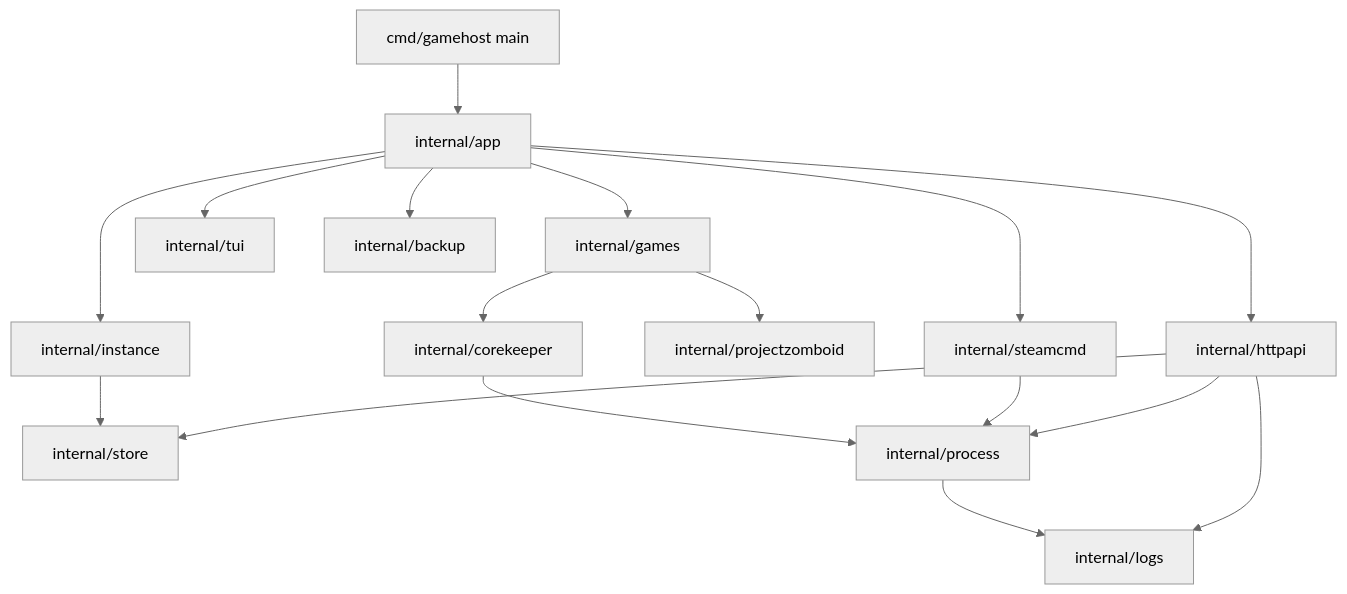
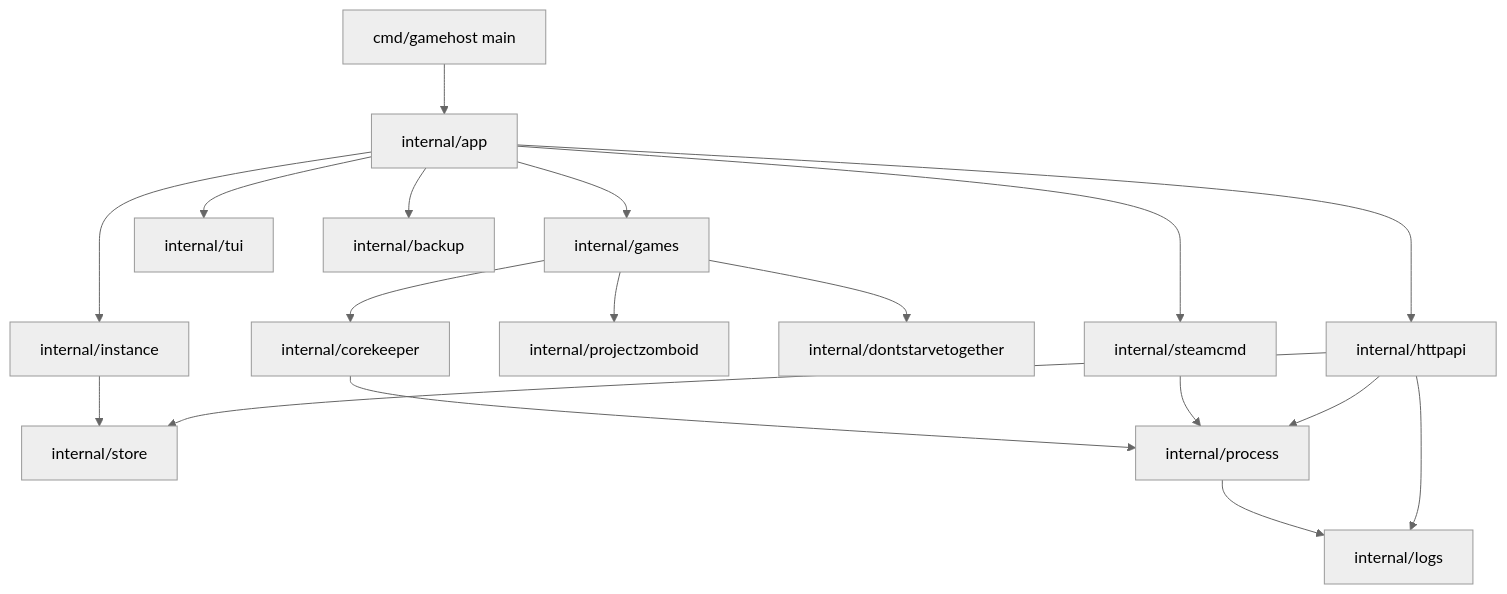
One commit to SyberFoxx/gamehost changed the first of 2 diagrams in docs/design.md. Above: the diagram before and after it, drawn with Mermaid (neutral theme). The commit also changed other lines of this file and 18 other files, not shown here.

````diff
--- a/docs/design.md
+++ b/docs/design.md
@@ -140,19 +175,20 @@
 ```mermaid
 graph TD
     A["cmd/gamehost main"] --> B["internal/app"]
     B --> C["internal/instance"]
     B --> K["internal/games"]
     B --> M["internal/tui"]
     K --> D["internal/corekeeper"]
     K --> L["internal/projectzomboid"]
+    K --> N["internal/dontstarvetogether"]
     B --> E["internal/steamcmd"]
     B --> F["internal/backup"]
     B --> G["internal/httpapi"]
     C --> H["internal/store"]
     D --> I["internal/process"]
     E --> I
     I --> J["internal/logs"]
     G --> H
     G --> I
     G --> J
 ```
````
